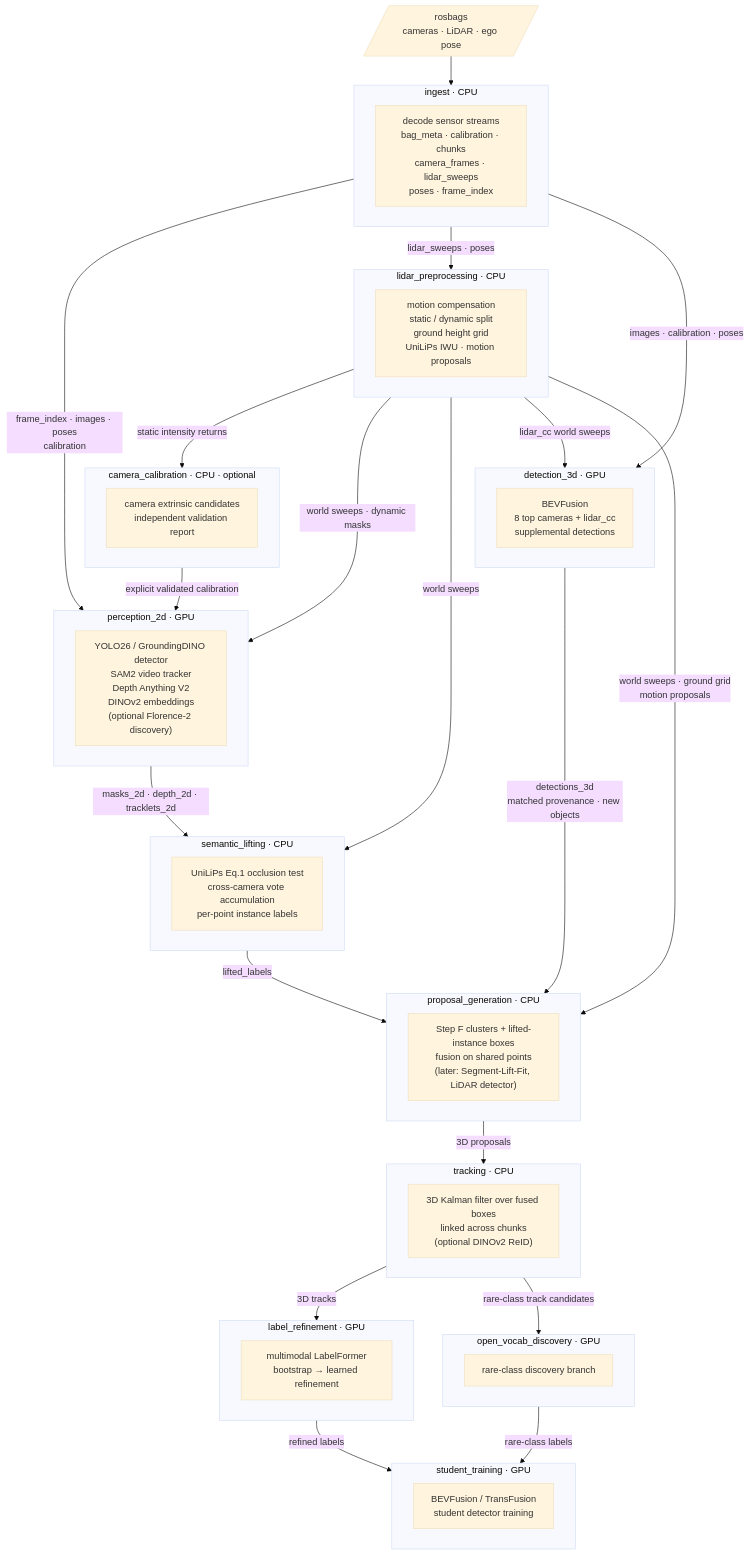
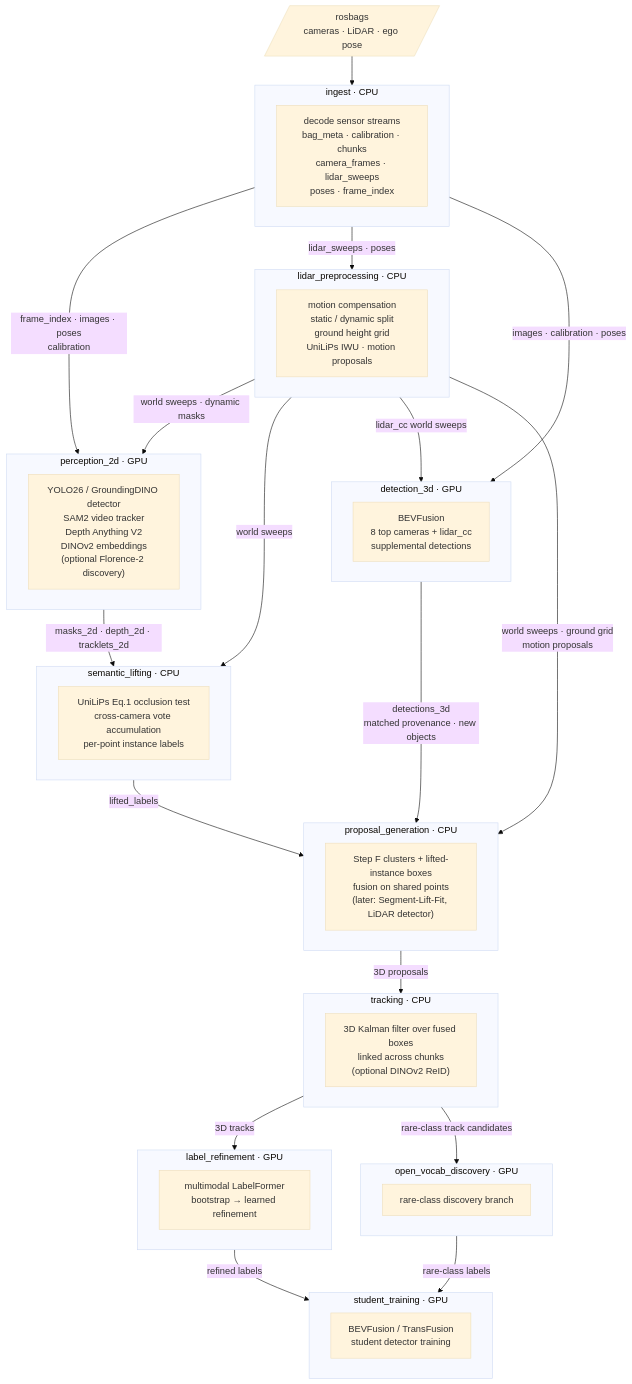
One commit to WATonomous/wato_world changed the diagram in README.md. Above: the diagram before and after it, drawn with Mermaid (base theme). The commit also changed other lines of this file and 68 other files, not shown here.

First line of the commit message:
camera_calibration: remove the component

````diff
--- a/README.md
+++ b/README.md
@@ -16,67 +16,61 @@
 ```mermaid
 flowchart TD
     BAG[/"rosbags\ncameras · LiDAR · ego pose"/]
 
     subgraph ingest["ingest  ·  CPU"]
         I["decode sensor streams\nbag_meta · calibration · chunks\ncamera_frames · lidar_sweeps\nposes · frame_index"]
     end
 
     subgraph lidar_prep["lidar_preprocessing  ·  CPU"]
         LP["motion compensation\nstatic / dynamic split\nground height grid\nUniLiPs IWU · motion proposals"]
-    end
-
-    subgraph camera_calibration["camera_calibration  ·  CPU · optional"]
-        CC["camera extrinsic candidates\nindependent validation report"]
     end
 
     subgraph perception_2d["perception_2d  ·  GPU"]
         P2["YOLO26 / GroundingDINO detector\nSAM2 video tracker\nDepth Anything V2\nDINOv2 embeddings\n(optional Florence-2 discovery)"]
     end
 
     subgraph semantic_lifting["semantic_lifting  ·  CPU"]
         SL["UniLiPs Eq.1 occlusion test\ncross-camera vote accumulation\nper-point instance labels"]
     end
 
     subgraph detection_3d["detection_3d  ·  GPU"]
         DET["BEVFusion\n8 top cameras + lidar_cc\nsupplemental detections"]
     end
 
     subgraph proposal_gen["proposal_generation  ·  CPU"]
         PG["Step F clusters + lifted-instance boxes\nfusion on shared points\n(later: Segment-Lift-Fit, LiDAR detector)"]
     end
 
     subgraph tracking["tracking  ·  CPU"]
         TR["3D Kalman filter over fused boxes\nlinked across chunks\n(optional DINOv2 ReID)"]
     end
 
     subgraph label_ref["label_refinement  ·  GPU"]
         LR["multimodal LabelFormer\nbootstrap → learned refinement"]
     end
 
     subgraph ovd["open_vocab_discovery  ·  GPU"]
         OV["rare-class discovery branch"]
     end
 
     subgraph student["student_training  ·  GPU"]
         ST["BEVFusion / TransFusion\nstudent detector training"]
     end
 
     BAG --> ingest
     ingest -- "frame_index · images · poses\ncalibration" --> perception_2d
     ingest -- "lidar_sweeps · poses" --> lidar_prep
-    lidar_prep -- "static intensity returns" --> camera_calibration
-    camera_calibration -- "explicit validated calibration" --> perception_2d
     lidar_prep -- "world sweeps · dynamic masks" --> perception_2d
     lidar_prep -- "world sweeps" --> semantic_lifting
     ingest -- "images · calibration · poses" --> detection_3d
     lidar_prep -- "lidar_cc world sweeps" --> detection_3d
     perception_2d -- "masks_2d · depth_2d · tracklets_2d" --> semantic_lifting
     semantic_lifting -- "lifted_labels" --> proposal_gen
     lidar_prep -- "world sweeps · ground grid\nmotion proposals" --> proposal_gen
     detection_3d -- "detections_3d\nmatched provenance · new objects" --> proposal_gen
     proposal_gen -- "3D proposals" --> tracking
     tracking -- "3D tracks" --> label_ref
     tracking -- "rare-class track candidates" --> ovd
     label_ref -- "refined labels" --> student
     ovd -- "rare-class labels" --> student
 ```
````
